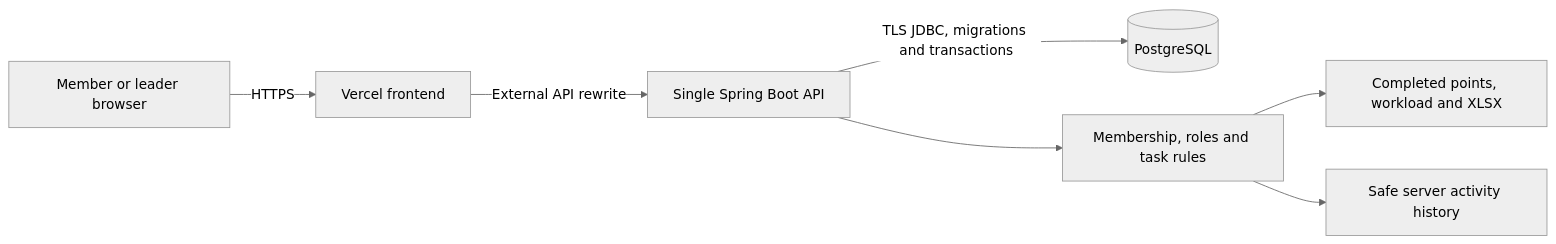
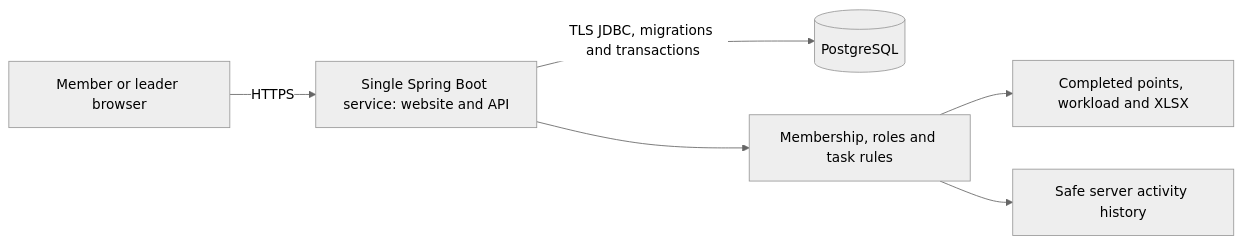
The diagram in docs/ARCHITECTURE.md (jeushdev/owlibi), drawn with Mermaid (neutral theme) before and after one commit. The commit also changed other lines of this file, not shown here.

First line of the commit message:
docs(architecture): remove broken links and outdated planning text

```diff
--- a/docs/ARCHITECTURE.md
+++ b/docs/ARCHITECTURE.md
@@ -17,9 +11,8 @@
 ~~~mermaid
 flowchart LR
-  B[Member or leader browser] -->|HTTPS| F[Vercel frontend]
-  F -->|External API rewrite| S[Single Spring Boot API]
+  B[Member or leader browser] -->|HTTPS| S[Single Spring Boot service: website and API]
   S -->|TLS JDBC, migrations and transactions| D[(PostgreSQL)]
   S --> P[Membership, roles and task rules]
   P --> R[Completed points, workload and XLSX]
   P --> H[Safe server activity history]
 ~~~
```
